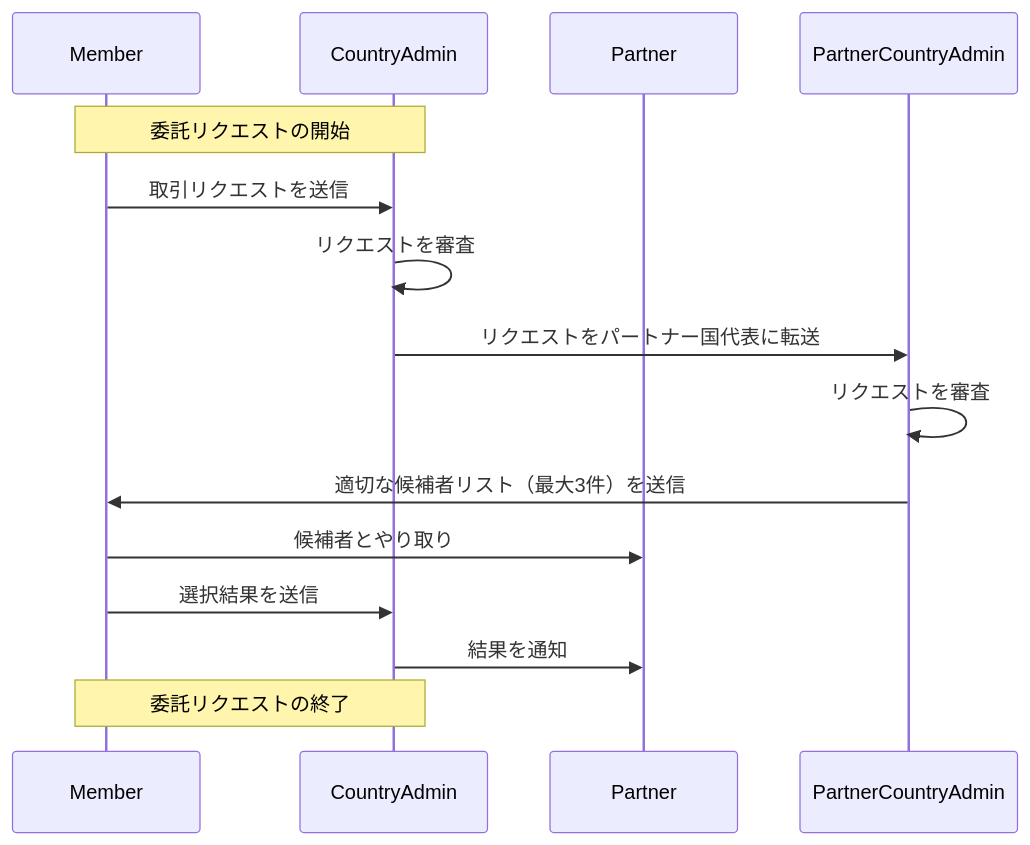
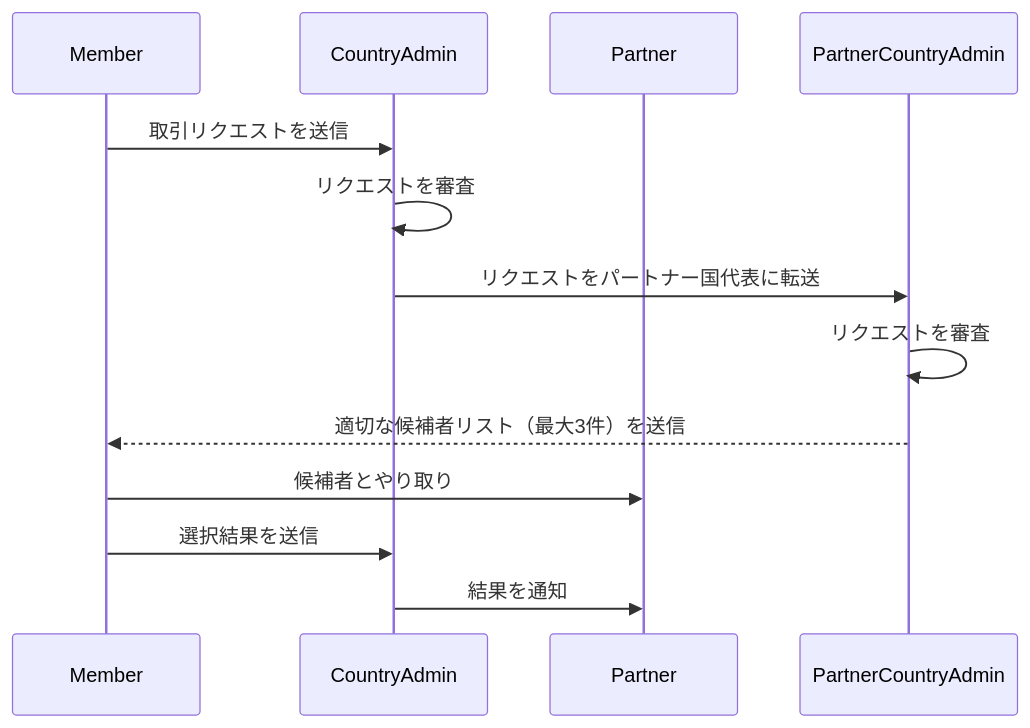
Before and after one commit to yopaz-tuanta/aloha-mermaid: the diagram in negotiation_jp.mmd, drawn with Mermaid. The commit also changed 1 other file, not shown here.

Commit message:
refactor: update sequence diagrams

```diff
--- a/negotiation_jp.mmd
+++ b/negotiation_jp.mmd
@@ -1,18 +1,15 @@
 sequenceDiagram
     participant Member
     participant CountryAdmin
     participant Partner
     participant PartnerCountryAdmin
 
-    Note over Member,CountryAdmin: 委託リクエストの開始
 
     Member->>CountryAdmin: 取引リクエストを送信
     CountryAdmin->>CountryAdmin: リクエストを審査
     CountryAdmin->>PartnerCountryAdmin: リクエストをパートナー国代表に転送
     PartnerCountryAdmin->>PartnerCountryAdmin: リクエストを審査
-    PartnerCountryAdmin->>Member: 適切な候補者リスト（最大3件）を送信
+    PartnerCountryAdmin-->>Member: 適切な候補者リスト（最大3件）を送信
     Member->>Partner: 候補者とやり取り
     Member->>CountryAdmin: 選択結果を送信
     CountryAdmin->>Partner: 結果を通知
-
-    Note over Member,CountryAdmin: 委託リクエストの終了
```
